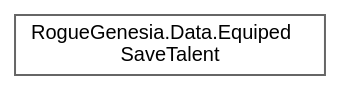
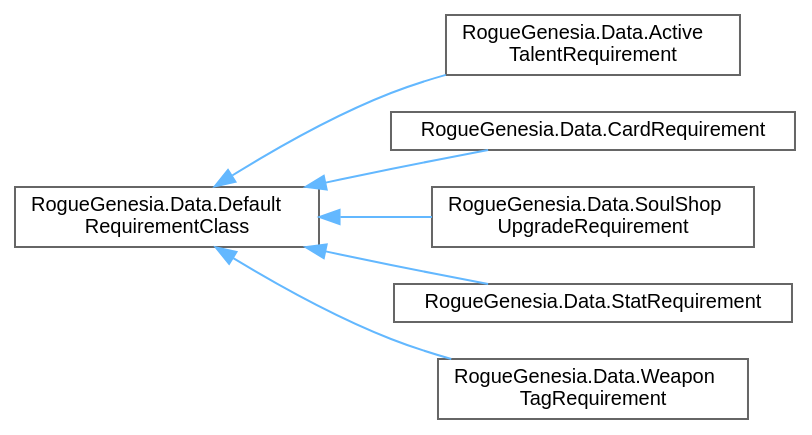
One commit to PlexusDuMenton/RogueGenesiaModAPI changed the diagram in inherit_graph_81.dot. Above: the diagram before and after it, drawn with Graphviz. The commit also changed 2814 other files, not shown here.

```diff
--- a/inherit_graph_81.dot
+++ b/inherit_graph_81.dot
@@ -1,9 +1,19 @@
 digraph "Graphical Class Hierarchy"
 {
  // LATEX_PDF_SIZE
   bgcolor="transparent";
   edge [fontname=Helvetica,fontsize=10,labelfontname=Helvetica,labelfontsize=10];
   node [fontname=Helvetica,fontsize=10,shape=box,height=0.2,width=0.4];
   rankdir="LR";
-  Node0 [label="RogueGenesia.Data.Equiped\lSaveTalent",height=0.2,width=0.4,color="grey40", fillcolor="white", style="filled",URL="$class_rogue_genesia_1_1_data_1_1_equiped_save_talent.html",tooltip=" "];
+  Node0 [label="RogueGenesia.Data.Default\lRequirementClass",height=0.2,width=0.4,color="grey40", fillcolor="white", style="filled",URL="$class_rogue_genesia_1_1_data_1_1_default_requirement_class.html",tooltip=" "];
+  Node0 -> Node1 [dir="back",color="steelblue1",style="solid"];
+  Node1 [label="RogueGenesia.Data.Active\lTalentRequirement",height=0.2,width=0.4,color="grey40", fillcolor="white", style="filled",URL="$class_rogue_genesia_1_1_data_1_1_active_talent_requirement.html",tooltip=" "];
+  Node0 -> Node2 [dir="back",color="steelblue1",style="solid"];
+  Node2 [label="RogueGenesia.Data.CardRequirement",height=0.2,width=0.4,color="grey40", fillcolor="white", style="filled",URL="$class_rogue_genesia_1_1_data_1_1_card_requirement.html",tooltip=" "];
+  Node0 -> Node3 [dir="back",color="steelblue1",style="solid"];
+  Node3 [label="RogueGenesia.Data.SoulShop\lUpgradeRequirement",height=0.2,width=0.4,color="grey40", fillcolor="white", style="filled",URL="$class_rogue_genesia_1_1_data_1_1_soul_shop_upgrade_requirement.html",tooltip=" "];
+  Node0 -> Node4 [dir="back",color="steelblue1",style="solid"];
+  Node4 [label="RogueGenesia.Data.StatRequirement",height=0.2,width=0.4,color="grey40", fillcolor="white", style="filled",URL="$class_rogue_genesia_1_1_data_1_1_stat_requirement.html",tooltip=" "];
+  Node0 -> Node5 [dir="back",color="steelblue1",style="solid"];
+  Node5 [label="RogueGenesia.Data.Weapon\lTagRequirement",height=0.2,width=0.4,color="grey40", fillcolor="white", style="filled",URL="$class_rogue_genesia_1_1_data_1_1_weapon_tag_requirement.html",tooltip=" "];
 }
```
